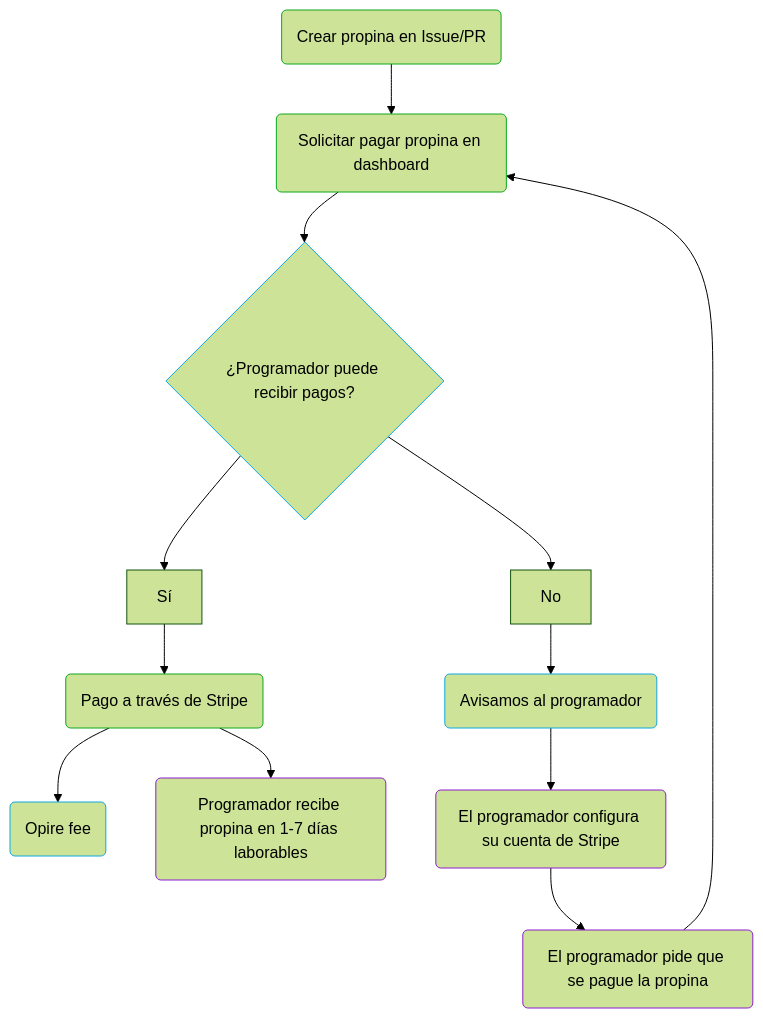
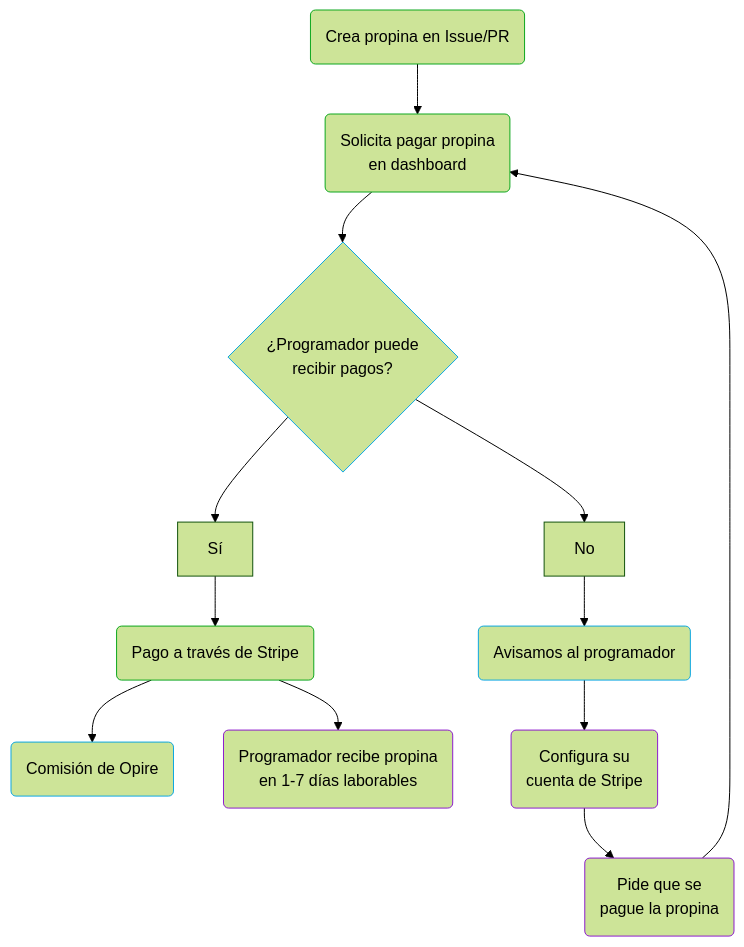
The second of 2 diagrams in pages/tips/lifecycle.es.mdx (Opire/docs), drawn with Mermaid (forest theme) before and after one commit. The commit also changed other lines of this file and 3 other files, not shown here.

````diff
--- a/pages/tips/lifecycle.es.mdx
+++ b/pages/tips/lifecycle.es.mdx
@@ -23,15 +23,15 @@
 ```mermaid
 flowchart TD
     classDef opire stroke:#0EA7E1
     classDef creator stroke:#0EA71F
     classDef programmer stroke:#8D1DCD
-    A(Crear propina en Issue/PR):::creator --> B(Solicitar pagar propina en dashboard):::creator
-    B --> C{¿Programador puede recibir pagos?}:::opire
+    A(Crea propina en Issue/PR):::creator --> B(Solicita pagar propina <br/>en dashboard):::creator
+    B --> C{¿Programador puede <br/>recibir pagos?}:::opire
     C --> Sí --> E(Pago a través de Stripe):::creator
-    E --> F(Opire fee):::opire
-    E --> G(Programador recibe propina en 1-7 días laborables):::programmer
+    E --> F(Comisión de Opire):::opire
+    E --> G(Programador recibe propina<br/> en 1-7 días laborables):::programmer
     C --> No --> D(Avisamos al programador):::opire
-    D --> H(El programador configura su cuenta de Stripe):::programmer
-    H --> I(El programador pide que se pague la propina):::programmer
+    D --> H(Configura su <br/>cuenta de Stripe):::programmer
+    H --> I(Pide que se <br/>pague la propina):::programmer
     I --> B
 ```
````
